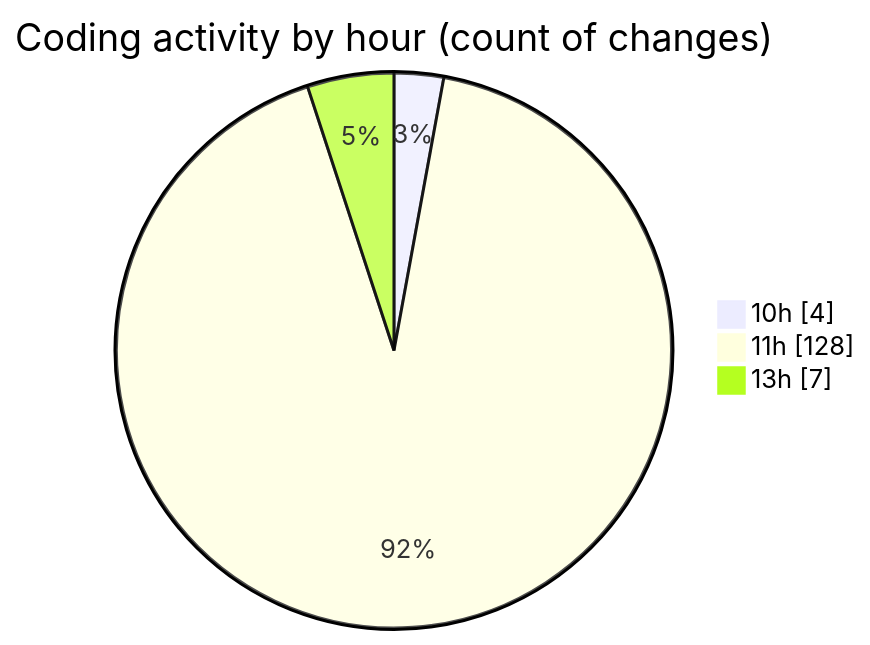
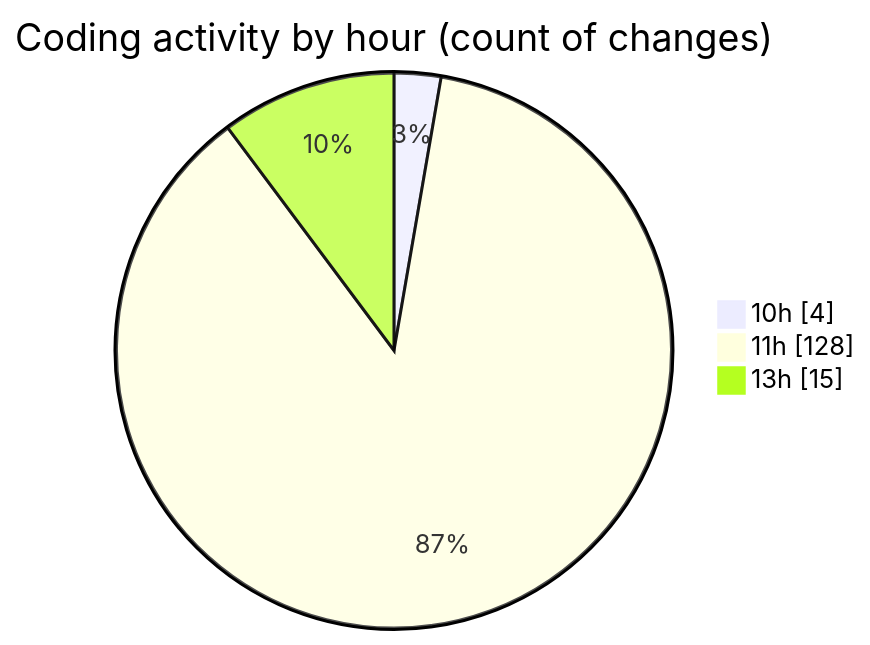
The second of 2 diagrams in 2025-04-14/nxtqube_webapp/README.md (nxtqubesakshisongat/code-tracking), drawn with Mermaid before and after one commit. The commit also changed other lines of this file and 1 other file, not shown here.

````diff
--- a/2025-04-14/nxtqube_webapp/README.md
+++ b/2025-04-14/nxtqube_webapp/README.md
@@ -34,7 +35,7 @@
 ```mermaid
 pie showData
 title Coding activity by hour (count of changes)
 "10h" : 4
 "11h" : 128
-"13h" : 7
+"13h" : 15
 ```
````
